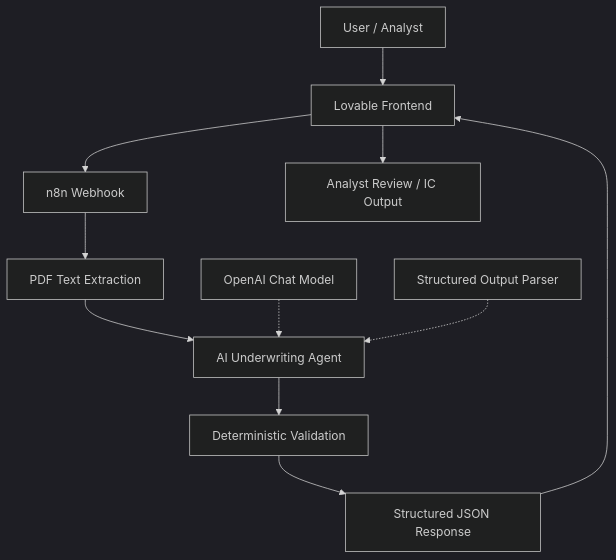
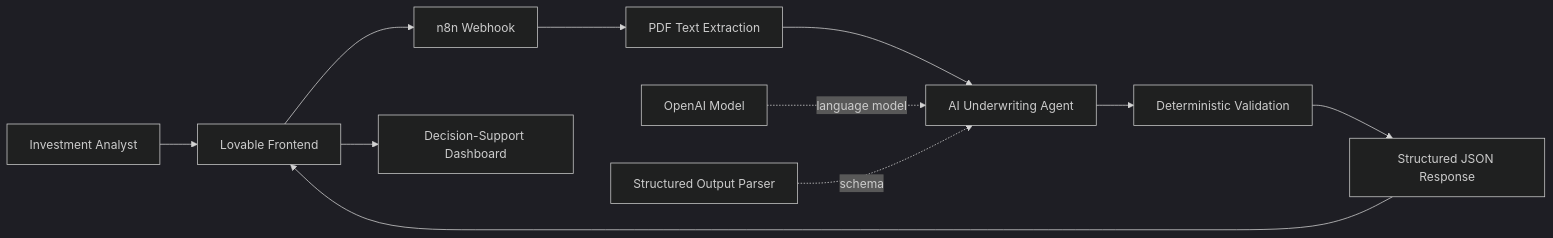
One commit to Mandeep-Khatri/dealscreen-ai changed the diagram in README.md. Above: the diagram before and after it, drawn with Mermaid (dark theme). The commit also changed other lines of this file, not shown here.

````diff
--- a/README.md
+++ b/README.md
@@ -125,13 +78,13 @@
 ```mermaid
-flowchart TD
-    U[User / Analyst] --> L[Lovable Frontend]
+flowchart LR
+    U[Investment Analyst] --> L[Lovable Frontend]
     L --> W[n8n Webhook]
     W --> P[PDF Text Extraction]
     P --> A[AI Underwriting Agent]
-    M[OpenAI Chat Model] -.-> A
-    S[Structured Output Parser] -.-> A
+    M[OpenAI Model] -. language model .-> A
+    S[Structured Output Parser] -. schema .-> A
     A --> V[Deterministic Validation]
-    V --> J[Structured JSON Response]
-    J --> L
-    L --> R[Analyst Review / IC Output]
+    V --> R[Structured JSON Response]
+    R --> L
+    L --> D[Decision-Support Dashboard]
 ```
````
